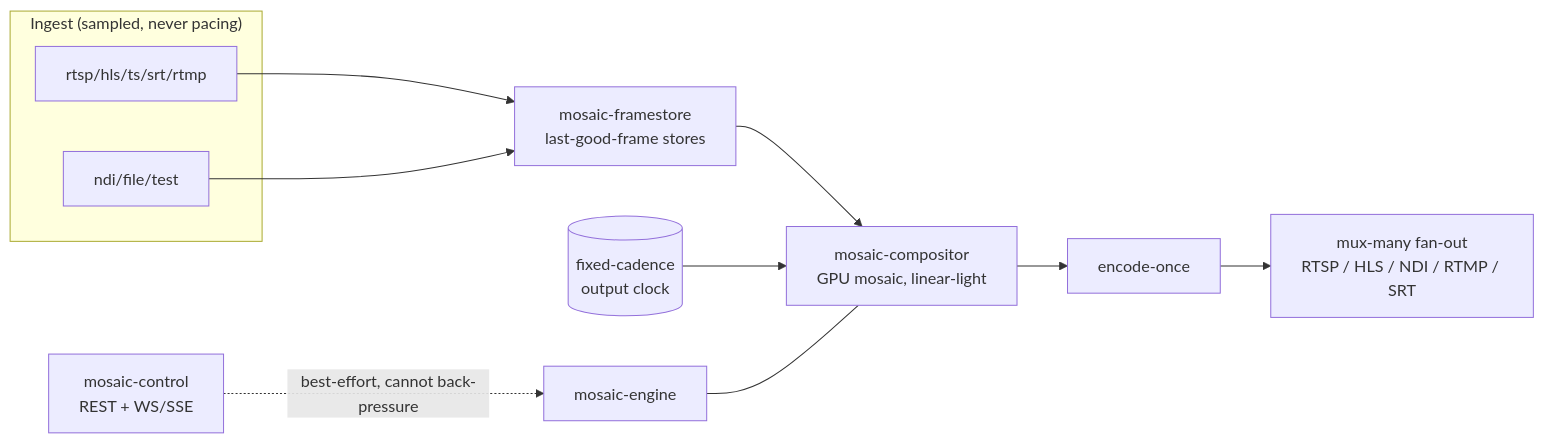
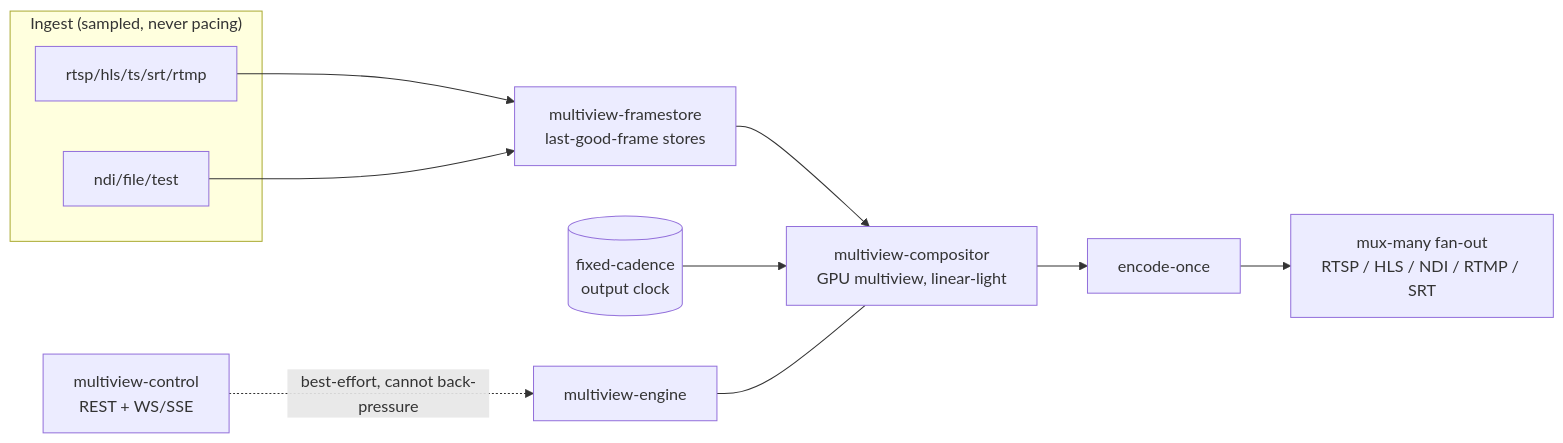
One commit to aperim/multiview changed the diagram in docs/README.md. Above: the diagram before and after it, drawn with Mermaid. The commit also changed other lines of this file and 1009 other files, not shown here.

First line of the commit message:
refactor: rename project mosaic → multiview

````diff
--- a/docs/README.md
+++ b/docs/README.md
@@ -34,14 +34,14 @@
 ```mermaid
 flowchart LR
   subgraph Inputs["Ingest (sampled, never pacing)"]
     I1[rtsp/hls/ts/srt/rtmp]
     I2[ndi/file/test]
   end
-  I1 & I2 --> FS[mosaic-framestore<br/>last-good-frame stores]
-  FS --> C[mosaic-compositor<br/>GPU mosaic, linear-light]
+  I1 & I2 --> FS[multiview-framestore<br/>last-good-frame stores]
+  FS --> C[multiview-compositor<br/>GPU multiview, linear-light]
   CLK[(fixed-cadence<br/>output clock)] --> C
   C --> ENC[encode-once]
   ENC --> OUT[mux-many fan-out<br/>RTSP / HLS / NDI / RTMP / SRT]
-  CTRL[mosaic-control<br/>REST + WS/SSE] -. best-effort, cannot back-pressure .-> ENG[mosaic-engine]
+  CTRL[multiview-control<br/>REST + WS/SSE] -. best-effort, cannot back-pressure .-> ENG[multiview-engine]
   ENG --- C
 ```
````
